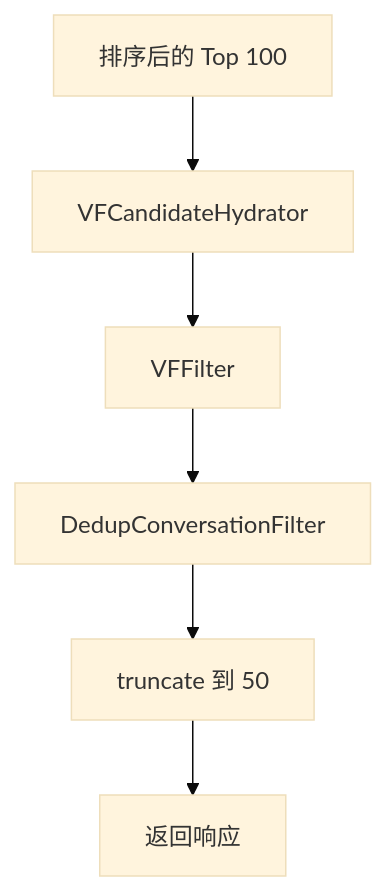
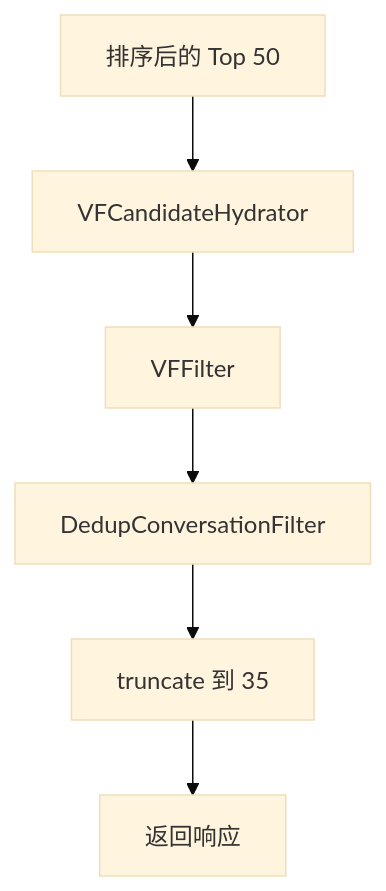
Before and after one commit to freefcw/x-algorithm: the fourth of 4 diagrams in docs/home-mixer/04-retrieval-filter-ranking.md, drawn with Mermaid (base theme). The commit also changed other lines of this file and 12 other files, not shown here.

````diff
--- a/docs/home-mixer/04-retrieval-filter-ranking.md
+++ b/docs/home-mixer/04-retrieval-filter-ranking.md
@@ -212,8 +212,8 @@
 ```mermaid
 flowchart TD
-    A["排序后的 Top 100"] --> B["VFCandidateHydrator"]
+    A["排序后的 Top 50"] --> B["VFCandidateHydrator"]
     B --> C["VFFilter"]
     C --> D["DedupConversationFilter"]
-    D --> E["truncate 到 50"]
+    D --> E["truncate 到 35"]
     E --> F["返回响应"]
 ```
````
